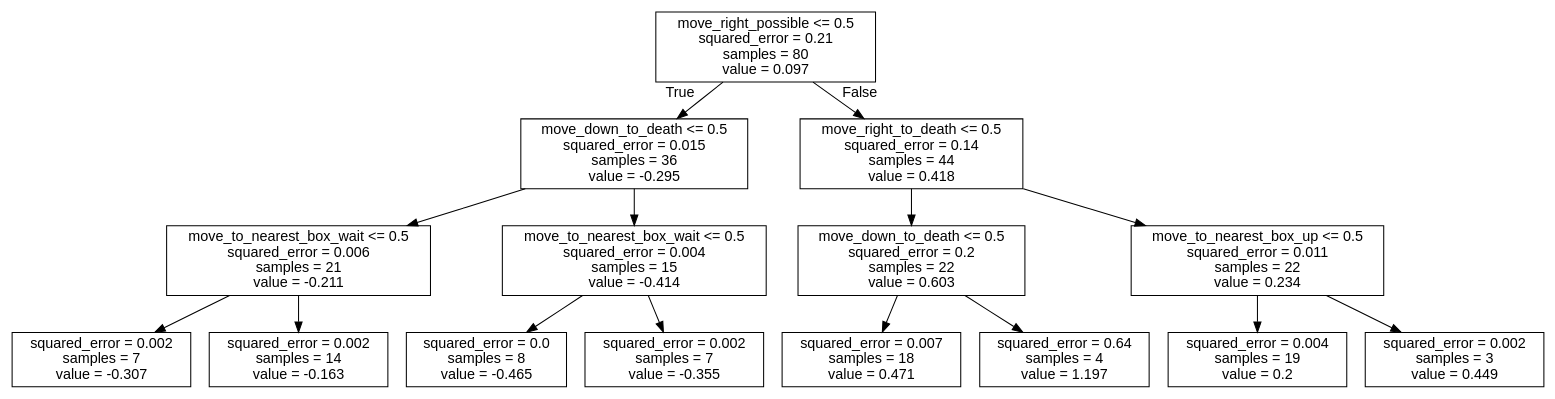
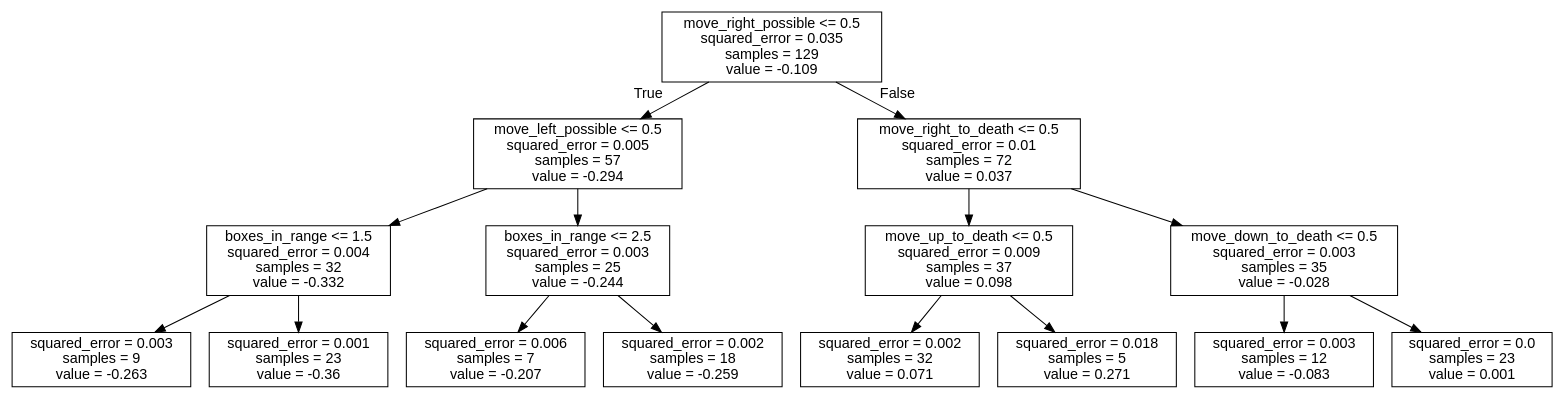
Before and after one commit to J-Gann/FML: the diagram in bomberman_rl/agent_code/my_agent/trees/RIGHT.dot, drawn with Graphviz. The commit also changed 11 other files, not shown here.

```diff
--- a/bomberman_rl/agent_code/my_agent/trees/RIGHT.dot
+++ b/bomberman_rl/agent_code/my_agent/trees/RIGHT.dot
@@ -1,33 +1,33 @@
 digraph Tree {
 node [shape=box, fontname="helvetica"] ;
 edge [fontname="helvetica"] ;
-0 [label="move_right_possible <= 0.5\nsquared_error = 0.21\nsamples = 80\nvalue = 0.097"] ;
-1 [label="move_down_to_death <= 0.5\nsquared_error = 0.015\nsamples = 36\nvalue = -0.295"] ;
+0 [label="move_right_possible <= 0.5\nsquared_error = 0.035\nsamples = 129\nvalue = -0.109"] ;
+1 [label="move_left_possible <= 0.5\nsquared_error = 0.005\nsamples = 57\nvalue = -0.294"] ;
 0 -> 1 [labeldistance=2.5, labelangle=45, headlabel="True"] ;
-2 [label="move_to_nearest_box_wait <= 0.5\nsquared_error = 0.006\nsamples = 21\nvalue = -0.211"] ;
+2 [label="boxes_in_range <= 1.5\nsquared_error = 0.004\nsamples = 32\nvalue = -0.332"] ;
 1 -> 2 ;
-3 [label="squared_error = 0.002\nsamples = 7\nvalue = -0.307"] ;
+3 [label="squared_error = 0.003\nsamples = 9\nvalue = -0.263"] ;
 2 -> 3 ;
-4 [label="squared_error = 0.002\nsamples = 14\nvalue = -0.163"] ;
+4 [label="squared_error = 0.001\nsamples = 23\nvalue = -0.36"] ;
 2 -> 4 ;
-5 [label="move_to_nearest_box_wait <= 0.5\nsquared_error = 0.004\nsamples = 15\nvalue = -0.414"] ;
+5 [label="boxes_in_range <= 2.5\nsquared_error = 0.003\nsamples = 25\nvalue = -0.244"] ;
 1 -> 5 ;
-6 [label="squared_error = 0.0\nsamples = 8\nvalue = -0.465"] ;
+6 [label="squared_error = 0.006\nsamples = 7\nvalue = -0.207"] ;
 5 -> 6 ;
-7 [label="squared_error = 0.002\nsamples = 7\nvalue = -0.355"] ;
+7 [label="squared_error = 0.002\nsamples = 18\nvalue = -0.259"] ;
 5 -> 7 ;
-8 [label="move_right_to_death <= 0.5\nsquared_error = 0.14\nsamples = 44\nvalue = 0.418"] ;
+8 [label="move_right_to_death <= 0.5\nsquared_error = 0.01\nsamples = 72\nvalue = 0.037"] ;
 0 -> 8 [labeldistance=2.5, labelangle=-45, headlabel="False"] ;
-9 [label="move_down_to_death <= 0.5\nsquared_error = 0.2\nsamples = 22\nvalue = 0.603"] ;
+9 [label="move_up_to_death <= 0.5\nsquared_error = 0.009\nsamples = 37\nvalue = 0.098"] ;
 8 -> 9 ;
-10 [label="squared_error = 0.007\nsamples = 18\nvalue = 0.471"] ;
+10 [label="squared_error = 0.002\nsamples = 32\nvalue = 0.071"] ;
 9 -> 10 ;
-11 [label="squared_error = 0.64\nsamples = 4\nvalue = 1.197"] ;
+11 [label="squared_error = 0.018\nsamples = 5\nvalue = 0.271"] ;
 9 -> 11 ;
-12 [label="move_to_nearest_box_up <= 0.5\nsquared_error = 0.011\nsamples = 22\nvalue = 0.234"] ;
+12 [label="move_down_to_death <= 0.5\nsquared_error = 0.003\nsamples = 35\nvalue = -0.028"] ;
 8 -> 12 ;
-13 [label="squared_error = 0.004\nsamples = 19\nvalue = 0.2"] ;
+13 [label="squared_error = 0.003\nsamples = 12\nvalue = -0.083"] ;
 12 -> 13 ;
-14 [label="squared_error = 0.002\nsamples = 3\nvalue = 0.449"] ;
+14 [label="squared_error = 0.0\nsamples = 23\nvalue = 0.001"] ;
 12 -> 14 ;
 }
```
